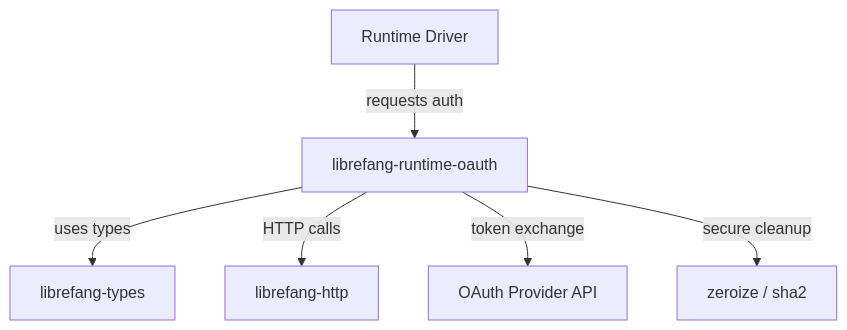
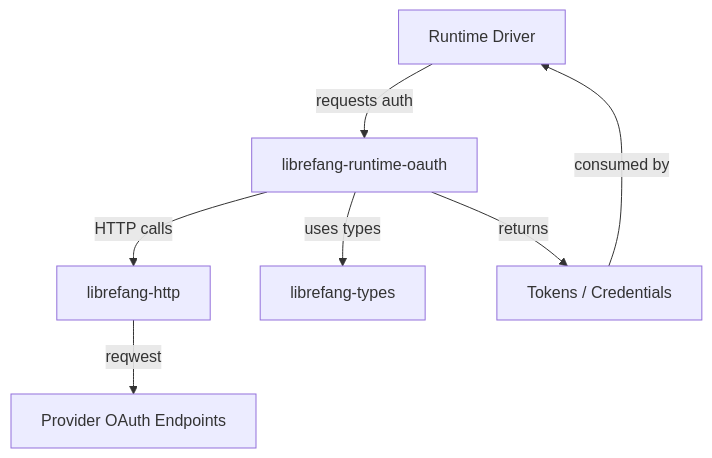
The diagram in other-librefang-runtime-oauth.md (leszek3737/librefang-WIki), drawn with Mermaid before and after one commit. The commit also changed other lines of this file and 93 other files, not shown here.

````diff
--- a/other-librefang-runtime-oauth.md
+++ b/other-librefang-runtime-oauth.md
@@ -13,8 +20,9 @@
 ```mermaid
 graph TD
     A[Runtime Driver] -->|requests auth| B[librefang-runtime-oauth]
-    B -->|uses types| C[librefang-types]
-    B -->|HTTP calls| D[librefang-http]
-    B -->|token exchange| E[OAuth Provider API]
-    B -->|secure cleanup| F[zeroize / sha2]
+    B -->|HTTP calls| C[librefang-http]
+    C -->|reqwest| D[Provider OAuth Endpoints]
+    B -->|uses types| E[librefang-types]
+    B -->|returns| F[Tokens / Credentials]
+    F -->|consumed by| A
 ```
````
